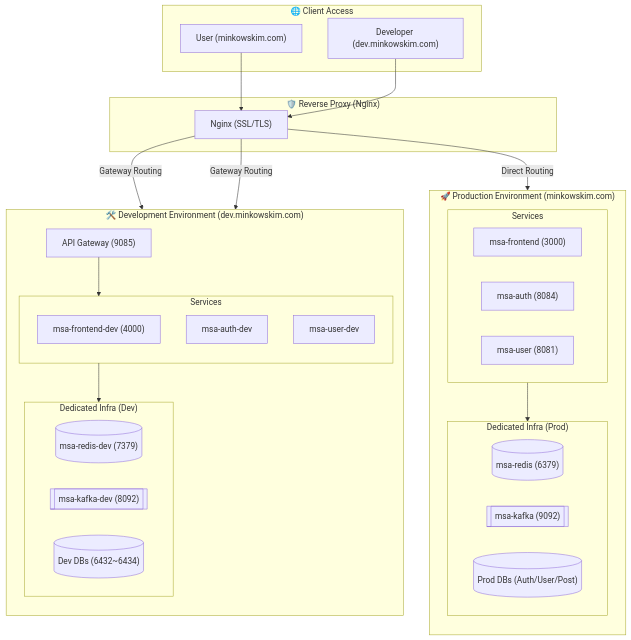
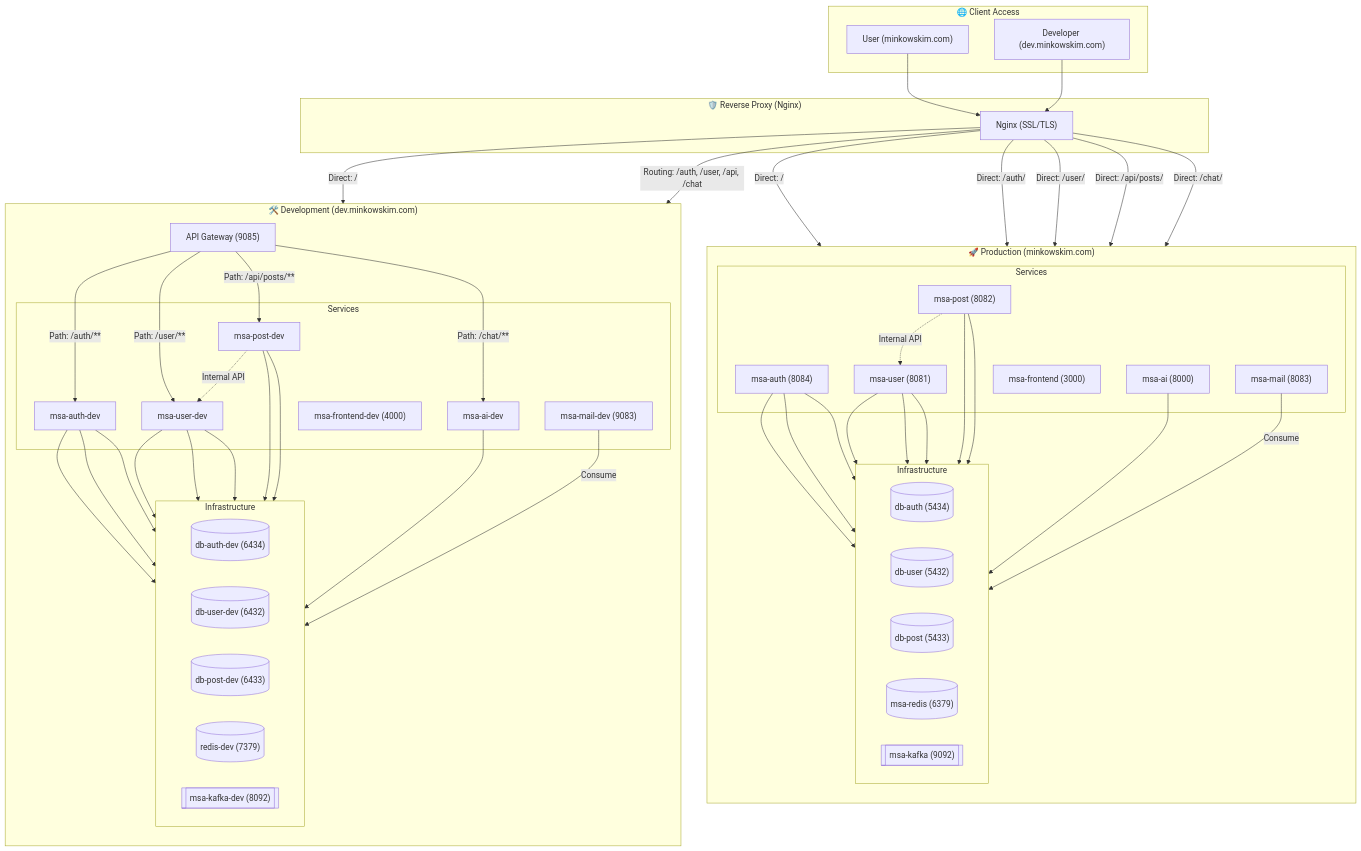
One commit to MinKyeom/MSA_Project changed the diagram in README.md. Above: the diagram before and after it, drawn with Mermaid.

Commit message:
Update diagram readme.md update

````diff
--- a/README.md
+++ b/README.md
@@ -76,47 +76,82 @@
         Nginx["Nginx (SSL/TLS)"]
     end
 
-    %% 운영 환경
-    subgraph Prod_Cluster ["🚀 Production Environment (minkowskim.com)"]
+    %% 운영 환경 (Production Cluster)
+    subgraph Prod_Cluster ["🚀 Production (minkowskim.com)"]
         direction TB
         subgraph Prod_Apps ["Services"]
             FE_P["msa-frontend (3000)"]
             Auth_P["msa-auth (8084)"]
             User_P["msa-user (8081)"]
+            Post_P["msa-post (8082)"]
+            AI_P["msa-ai (8000)"]
+            Mail_P["msa-mail (8083)"]
         end
-        subgraph Prod_Infra ["Dedicated Infra (Prod)"]
+        subgraph Prod_Infra ["Infrastructure"]
+            direction LR
+            DB_AP[("db-auth (5434)")]
+            DB_UP[("db-user (5432)")]
+            DB_PP[("db-post (5433)")]
             Redis_P[("msa-redis (6379)")]
             Kafka_P[["msa-kafka (9092)"]]
-            DB_P[("Prod DBs (Auth/User/Post)")]
         end
     end
 
-    %% 개발 환경
-    subgraph Dev_Cluster ["🛠️ Development Environment (dev.minkowskim.com)"]
+    %% 개발 환경 (Development Cluster)
+    subgraph Dev_Cluster ["🛠️ Development (dev.minkowskim.com)"]
         direction TB
         Gateway["API Gateway (9085)"]
         subgraph Dev_Apps ["Services"]
             FE_D["msa-frontend-dev (4000)"]
             Auth_D["msa-auth-dev"]
             User_D["msa-user-dev"]
+            Post_D["msa-post-dev"]
+            AI_D["msa-ai-dev"]
+            Mail_D["msa-mail-dev (9083)"]
         end
-        subgraph Dev_Infra ["Dedicated Infra (Dev)"]
-            Redis_D[("msa-redis-dev (7379)")]
+        subgraph Dev_Infra ["Infrastructure"]
+            direction LR
+            DB_AD[("db-auth-dev (6434)")]
+            DB_UD[("db-user-dev (6432)")]
+            DB_PD[("db-post-dev (6433)")]
+            Redis_D[("redis-dev (7379)")]
             Kafka_D[["msa-kafka-dev (8092)"]]
-            DB_D[("Dev DBs (6432~6434)")]
         end
     end
 
-    %% Routing
+    %% --- Traffic Flows ---
     User --> Nginx
     DevUser --> Nginx
 
-    %% Prod Connections
-    Nginx -- "Direct Routing" --> Prod_Apps
-    Prod_Apps --> Prod_Infra
+    %% 운영 라우팅 (Direct)
+    Nginx -- "Direct: /" --> FE_P
+    Nginx -- "Direct: /auth/" --> Auth_P
+    Nginx -- "Direct: /user/" --> User_P
+    Nginx -- "Direct: /api/posts/" --> Post_P
+    Nginx -- "Direct: /chat/" --> AI_P
 
-    %% Dev Connections
-    Nginx -- "Gateway Routing" --> FE_D & Gateway
-    Gateway --> Dev_Apps
-    Dev_Apps --> Dev_Infra
+    %% 개발 라우팅 (via Gateway)
+    Nginx -- "Direct: /" --> FE_D
+    Nginx -- "Routing: /auth, /user, /api, /chat" --> Gateway
+    Gateway -- "Path: /auth/**" --> Auth_D
+    Gateway -- "Path: /user/**" --> User_D
+    Gateway -- "Path: /api/posts/**" --> Post_D
+    Gateway -- "Path: /chat/**" --> AI_D
+
+    %% --- Internal Connections ---
+    %% Prod
+    Auth_P --> DB_AP & Redis_P & Kafka_P
+    User_P --> DB_UP & Redis_P & Kafka_P
+    Post_P --> DB_PP & Redis_P
+    Post_P -. "Internal API" .-> User_P
+    AI_P --> Redis_P
+    Mail_P -- "Consume" --> Kafka_P
+
+    %% Dev
+    Auth_D --> DB_AD & Redis_D & Kafka_D
+    User_D --> DB_UD & Redis_D & Kafka_D
+    Post_D --> DB_PD & Redis_D
+    Post_D -. "Internal API" .-> User_D
+    AI_D --> Redis_D
+    Mail_D -- "Consume" --> Kafka_D
 ```
````
